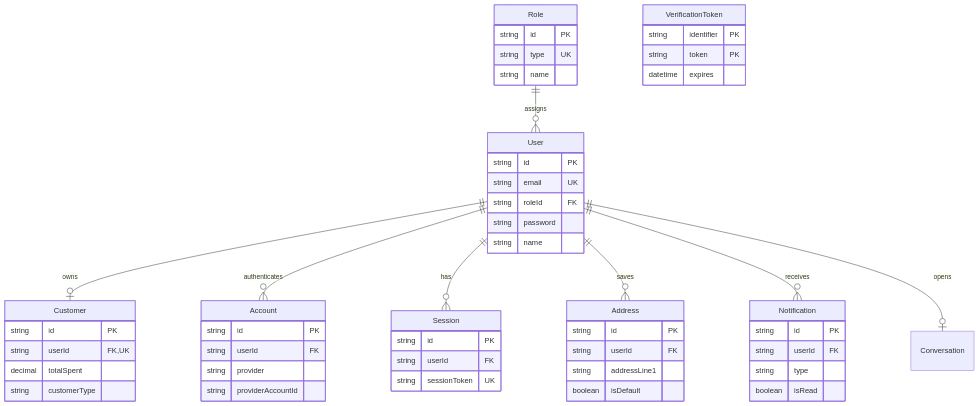
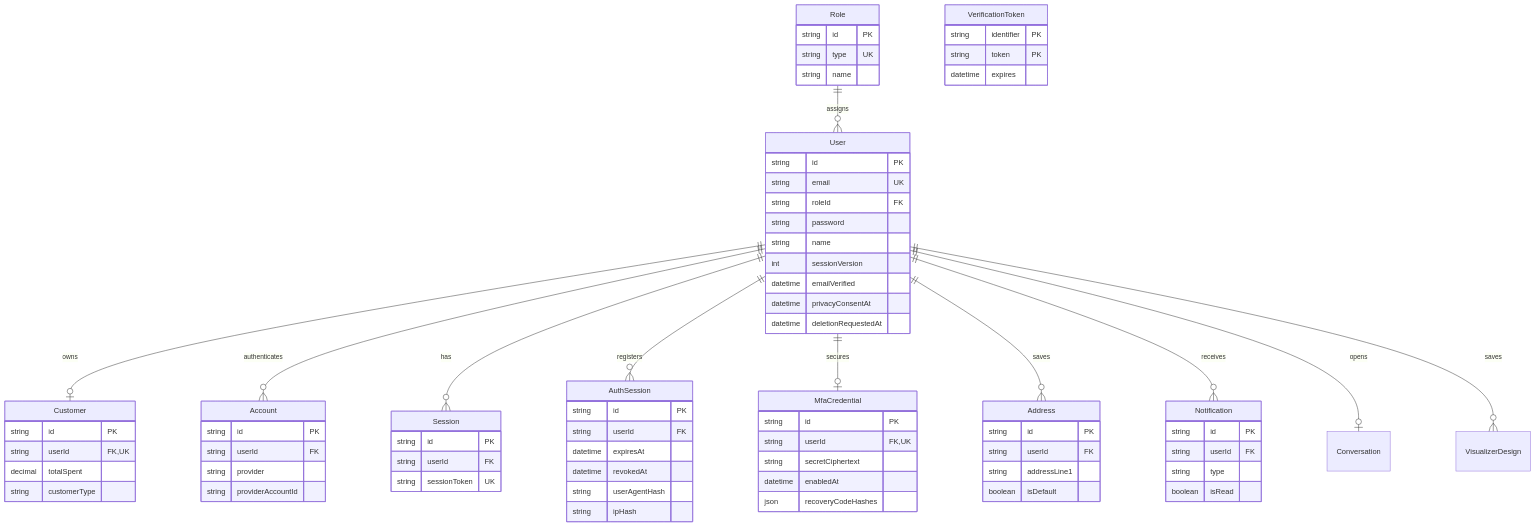
Before and after one commit to RumikaRin/Maison-de-FLOF: the first of 4 diagrams in docs/erd.md, drawn with Mermaid. The commit also changed other lines of this file and 7 other files, not shown here.

````diff
--- a/docs/erd.md
+++ b/docs/erd.md
@@ -12,56 +12,78 @@
 ```mermaid
 erDiagram
   Role ||--o{ User : assigns
   User ||--o| Customer : owns
   User ||--o{ Account : authenticates
   User ||--o{ Session : has
+  User ||--o{ AuthSession : registers
+  User ||--o| MfaCredential : secures
   User ||--o{ Address : saves
   User ||--o{ Notification : receives
   User ||--o| Conversation : opens
+  User ||--o{ VisualizerDesign : saves
   VerificationToken {
     string identifier PK
     string token PK
     datetime expires
   }
   Role {
     string id PK
     string type UK
     string name
   }
   User {
     string id PK
     string email UK
     string roleId FK
     string password
     string name
+    int sessionVersion
+    datetime emailVerified
+    datetime privacyConsentAt
+    datetime deletionRequestedAt
   }
   Customer {
     string id PK
     string userId FK,UK
     decimal totalSpent
     string customerType
   }
   Account {
     string id PK
     string userId FK
     string provider
     string providerAccountId
   }
   Session {
     string id PK
     string userId FK
     string sessionToken UK
   }
+  AuthSession {
+    string id PK
+    string userId FK
+    datetime expiresAt
+    datetime revokedAt
+    string userAgentHash
+    string ipHash
+  }
+  MfaCredential {
+    string id PK
+    string userId FK,UK
+    string secretCiphertext
+    datetime enabledAt
+    json recoveryCodeHashes
+  }
   Address {
     string id PK
     string userId FK
     string addressLine1
     boolean isDefault
   }
   Notification {
     string id PK
     string userId FK
     string type
     boolean isRead
   }
 ```
````
